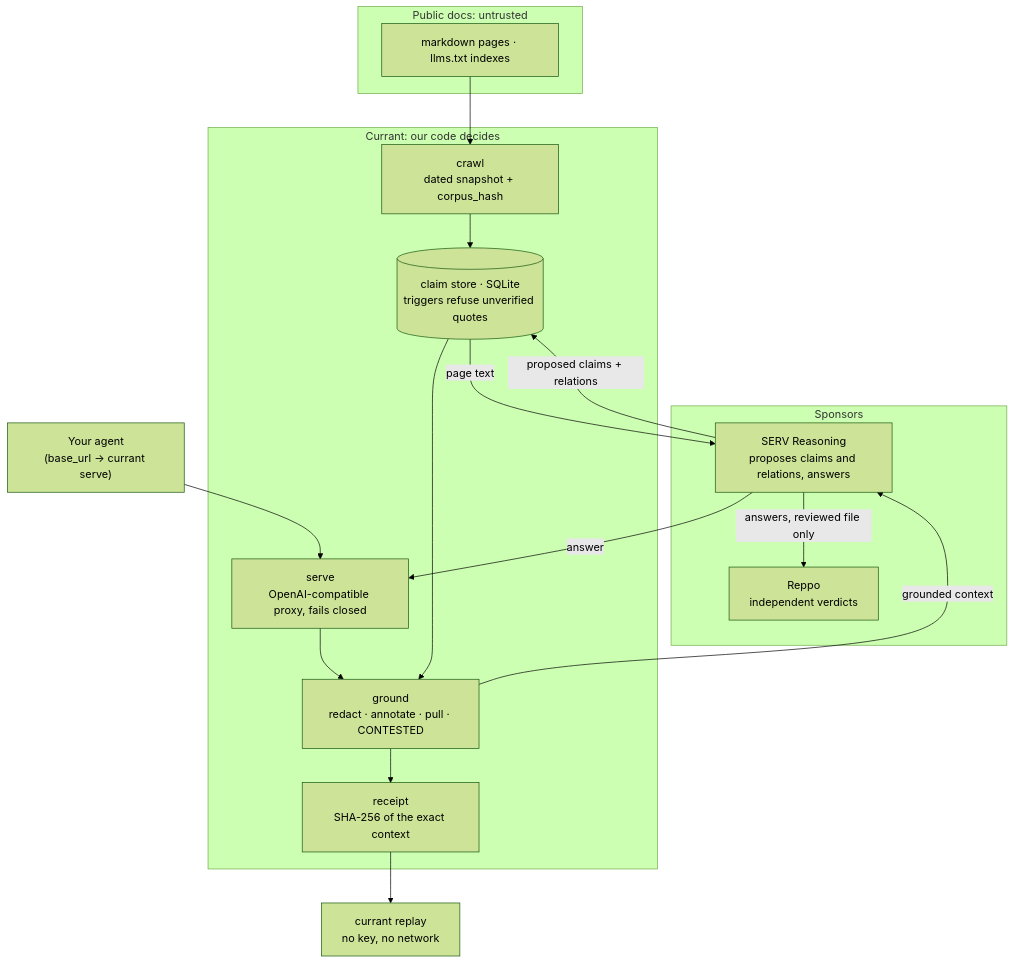
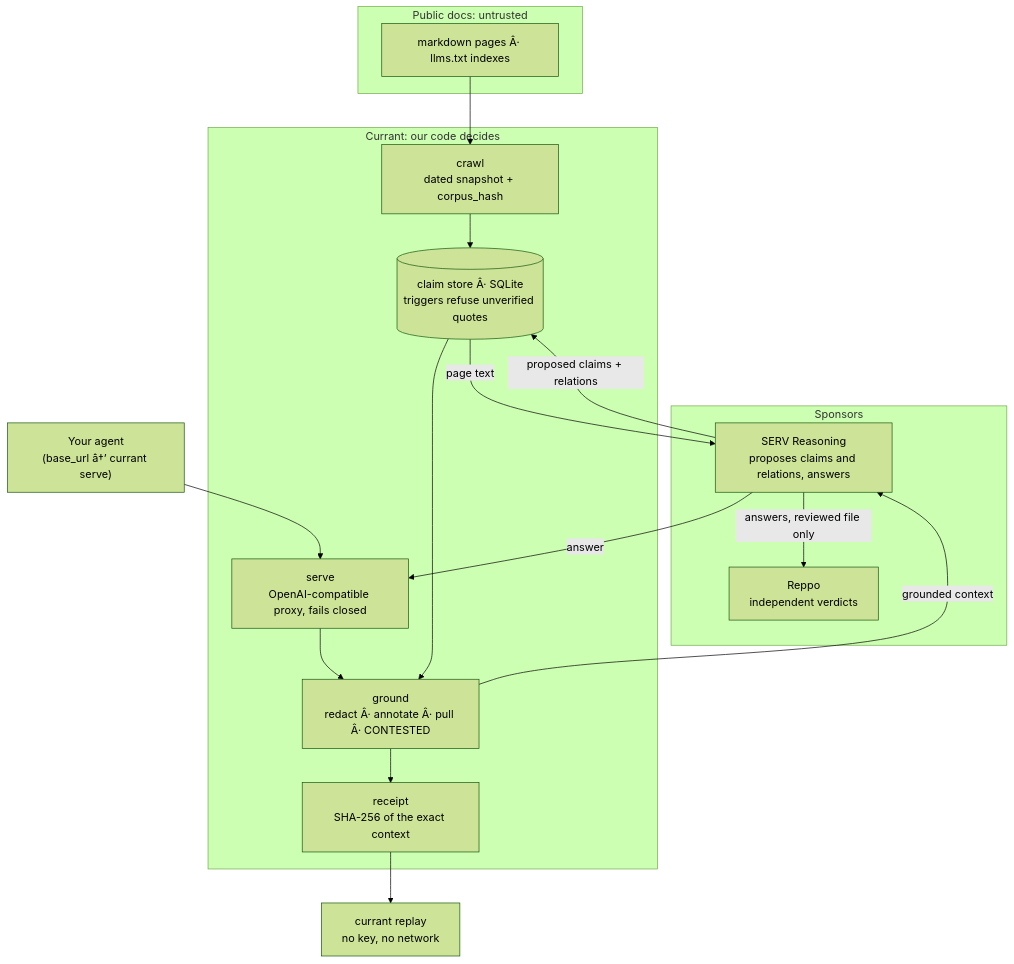
One commit to Dami904/currant changed the first of 2 diagrams in README.md. Above: the diagram before and after it, drawn with Mermaid (forest theme). The commit also changed other lines of this file and 5 other files, not shown here.

````diff
--- a/README.md
+++ b/README.md
@@ -227,29 +227,29 @@
 ```mermaid
 flowchart TD
   subgraph Sources["Public docs: untrusted"]
-    D["markdown pages · llms.txt indexes"]
+    D["markdown pages Â· llms.txt indexes"]
   end
   subgraph Currant["Currant: our code decides"]
     C["crawl<br/>dated snapshot + corpus_hash"]
-    S[("claim store · SQLite<br/>triggers refuse unverified quotes")]
-    G["ground<br/>redact · annotate · pull · CONTESTED"]
+    S[("claim store Â· SQLite<br/>triggers refuse unverified quotes")]
+    G["ground<br/>redact Â· annotate Â· pull Â· CONTESTED"]
     K["receipt<br/>SHA-256 of the exact context"]
     P["serve<br/>OpenAI-compatible proxy, fails closed"]
   end
   subgraph Models["Sponsors"]
     M["SERV Reasoning<br/>proposes claims and relations, answers"]
     R["Reppo<br/>independent verdicts"]
   end
-  A["Your agent<br/>(base_url → currant serve)"]
+  A["Your agent<br/>(base_url â†’ currant serve)"]
   X["currant replay<br/>no key, no network"]
 
   D --> C --> S
   S -- "page text" --> M
   M -- "proposed claims + relations" --> S
   A --> P --> G
   S --> G --> K
   G -- "grounded context" --> M
   M -- "answer" --> P
   K --> X
   M -- "answers, reviewed file only" --> R
 ```
````
